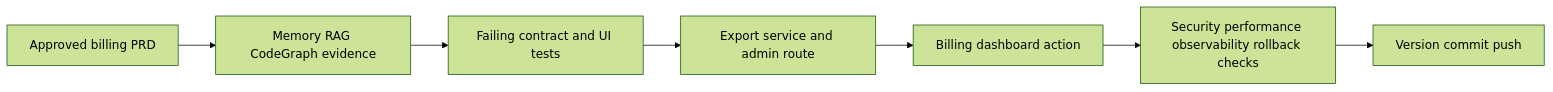
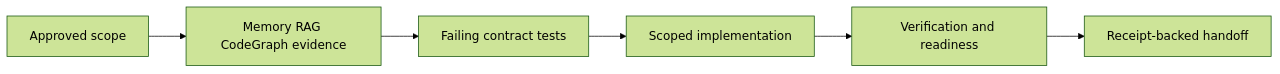
Before and after one commit to vTRKA/supervibe: the diagram in docs/templates/plan-template.md, drawn with Mermaid (forest theme). The commit also changed other lines of this file and 127 other files, not shown here.

````diff
--- a/docs/templates/plan-template.md
+++ b/docs/templates/plan-template.md
@@ -65,11 +64,10 @@
 ```mermaid
 flowchart LR
-  %% accTitle: Billing export MVP implementation flow
-  %% accDescr: The plan starts from approved billing requirements, verifies repository and permission boundaries, adds tests and implementation, then releases behind a reversible admin UI action.
-  PRD[Approved billing PRD] --> Evidence[Memory RAG CodeGraph evidence]
-  Evidence --> Tests[Failing contract and UI tests]
-  Tests --> Service[Export service and admin route]
-  Service --> UI[Billing dashboard action]
-  UI --> Verify[Security performance observability rollback checks]
-  Verify --> Release[Version commit push]
+  %% accTitle: Scoped capability implementation flow
+  %% accDescr: The plan starts from approved scope, collects memory RAG and CodeGraph evidence, writes failing tests, implements the smallest capability, verifies release readiness, and hands off with rollback.
+  Scope[Approved scope] --> Evidence[Memory RAG CodeGraph evidence]
+  Evidence --> Tests[Failing contract tests]
+  Tests --> Build[Scoped implementation]
+  Build --> Verify[Verification and readiness]
+  Verify --> Release[Receipt-backed handoff]
 ```
````
